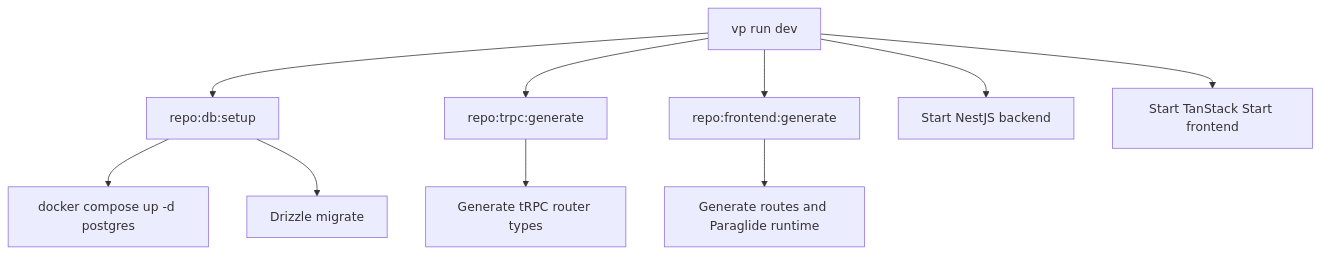
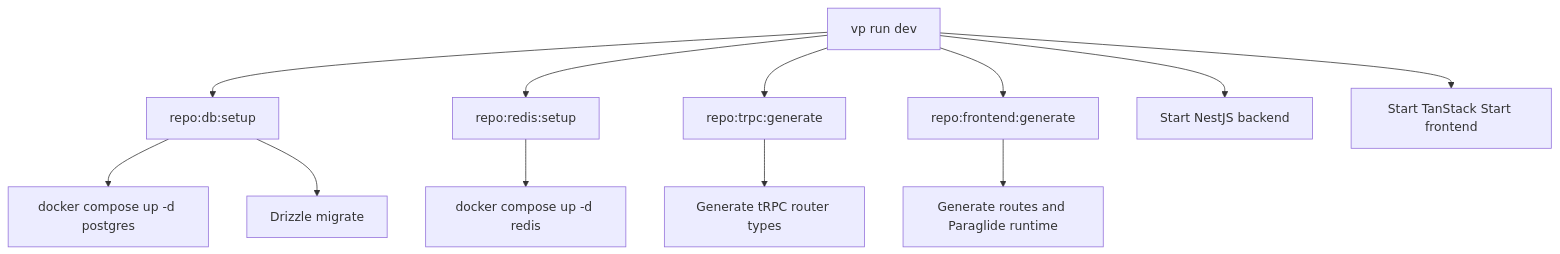
One commit to DidiWalakutty/Transcendence changed the diagram in docs/DEVELOPMENT.md. Above: the diagram before and after it, drawn with Mermaid. The commit also changed other lines of this file and 18 other files, not shown here.

Commit message:
feat: refactor backend configuration and error handling, integrate Redis utility functions, and enhance frontend error management

````diff
--- a/docs/DEVELOPMENT.md
+++ b/docs/DEVELOPMENT.md
@@ -57,23 +57,27 @@
 ```mermaid
 flowchart TD
     A["vp run dev"]
     B["repo:db:setup"]
-    C["repo:trpc:generate"]
-    D["repo:frontend:generate"]
-    E["docker compose up -d postgres"]
-    F["Drizzle migrate"]
-    G["Generate tRPC router types"]
-    H["Generate routes and Paraglide runtime"]
-    I["Start NestJS backend"]
-    J["Start TanStack Start frontend"]
+    C["repo:redis:setup"]
+    D["repo:trpc:generate"]
+    E["repo:frontend:generate"]
+    F["docker compose up -d postgres"]
+    G["docker compose up -d redis"]
+    H["Drizzle migrate"]
+    I["Generate tRPC router types"]
+    J["Generate routes and Paraglide runtime"]
+    K["Start NestJS backend"]
+    L["Start TanStack Start frontend"]
 
     A --> B
     A --> C
     A --> D
-    B --> E
+    A --> E
     B --> F
+    B --> H
     C --> G
-    D --> H
-    A --> I
-    A --> J
+    D --> I
+    E --> J
+    A --> K
+    A --> L
 ```
````
